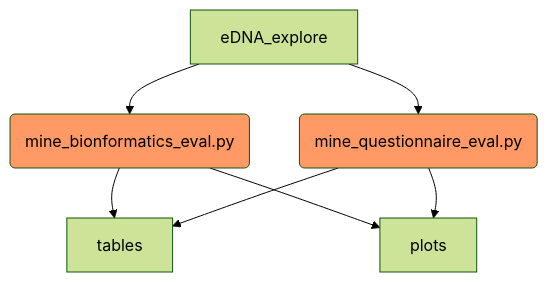
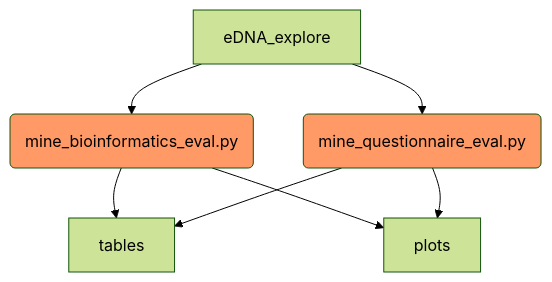
The second of 2 diagrams in README.md (Woolly-at-EBI/eDNAAqua-Plan), drawn with Mermaid (forest theme) before and after one commit. The commit also changed other lines of this file and 1 other file, not shown here.

````diff
--- a/README.md
+++ b/README.md
@@ -35,15 +35,15 @@
 ```mermaid
 flowchart TD
 
       eDNA_explore-->bix_db:::decisionclass
       eDNA_explore-->qu:::decisionclass
-      bix_db("mine_bionformatics_eval.py")-->tables["tables"]
+      bix_db("mine_bioinformatics_eval.py")-->tables["tables"]
       bix_db-->plots["plots"]
       
       qu(mine_questionnaire_eval.py)-->tables
       qu-->plots
       
       classDef startclass fill:#66ff99
       classDef decisionclass fill:#f96
       classDef aquaticclass fill:#66ccff
 ```
````
